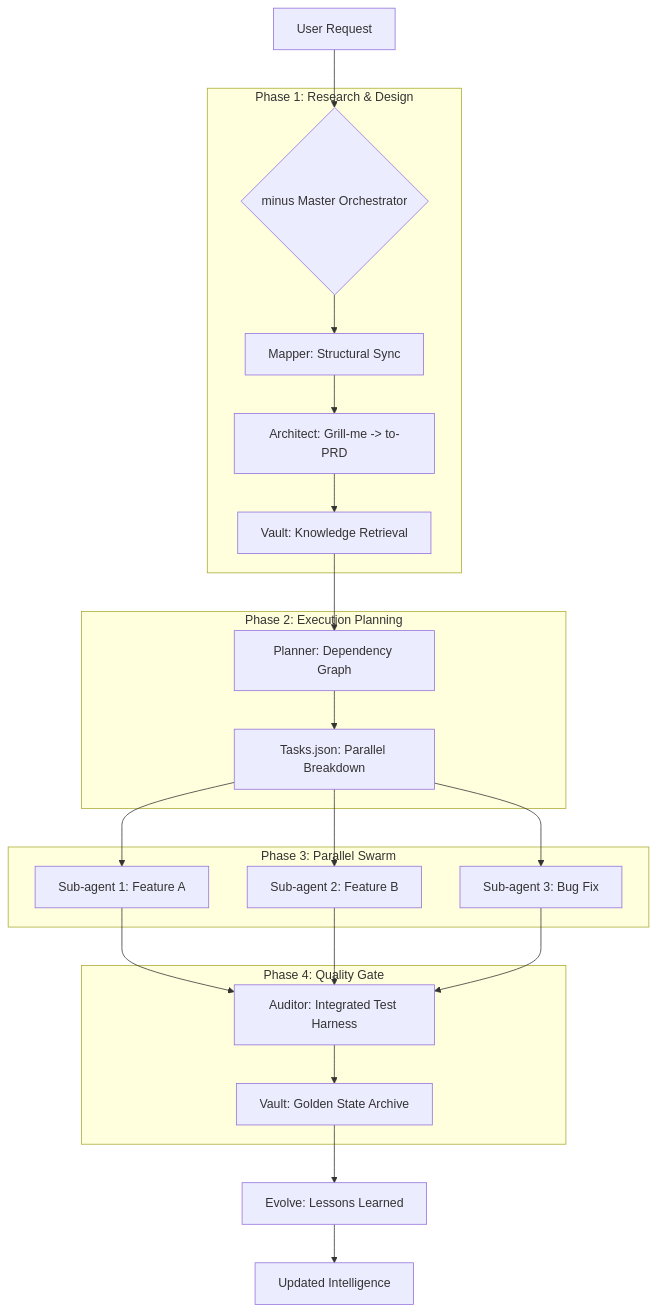
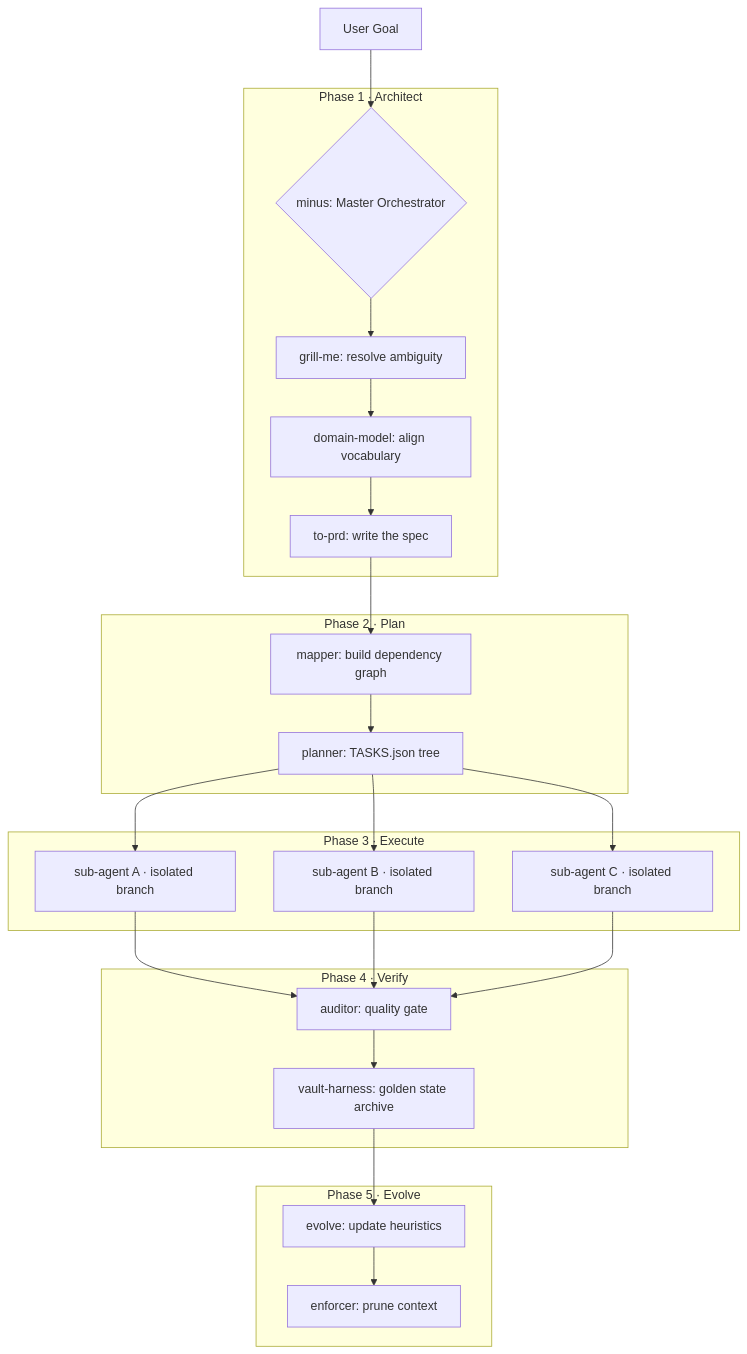
Before and after one commit to PROGRAMMER-DUMMY/MinusWorkflows: the diagram in README.md, drawn with Mermaid. The commit also changed other lines of this file and 13 other files, not shown here.

````diff
--- a/README.md
+++ b/README.md
@@ -11,29 +37,31 @@
 ```mermaid
 graph TD
-    A[User Request] --> B{minus Master Orchestrator}
-    
-    subgraph "Phase 1: Research & Design"
-    B --> C[Mapper: Structural Sync]
-    C --> D[Architect: Grill-me -> to-PRD]
-    D --> E[Vault: Knowledge Retrieval]
+    A[User Goal] --> B{minus: Master Orchestrator}
+
+    subgraph "Phase 1 · Architect"
+    B --> C[grill-me: resolve ambiguity]
+    C --> D[domain-model: align vocabulary]
+    D --> E[to-prd: write the spec]
     end
-    
-    subgraph "Phase 2: Execution Planning"
-    E --> F[Planner: Dependency Graph]
-    F --> G[Tasks.json: Parallel Breakdown]
+
+    subgraph "Phase 2 · Plan"
+    E --> F[mapper: build dependency graph]
+    F --> G[planner: TASKS.json tree]
     end
-    
-    subgraph "Phase 3: Parallel Swarm"
-    G --> H[Sub-agent 1: Feature A]
-    G --> I[Sub-agent 2: Feature B]
-    G --> J[Sub-agent 3: Bug Fix]
+
+    subgraph "Phase 3 · Execute"
+    G --> H[sub-agent A · isolated branch]
+    G --> I[sub-agent B · isolated branch]
+    G --> J[sub-agent C · isolated branch]
     end
-    
-    subgraph "Phase 4: Quality Gate"
-    H & I & J --> K[Auditor: Integrated Test Harness]
-    K --> L[Vault: Golden State Archive]
+
+    subgraph "Phase 4 · Verify"
+    H & I & J --> K[auditor: quality gate]
+    K --> L[vault-harness: golden state archive]
     end
-    
-    L --> M[Evolve: Lessons Learned]
-    M --> N[Updated Intelligence]
+
+    subgraph "Phase 5 · Evolve"
+    L --> M[evolve: update heuristics]
+    M --> N[enforcer: prune context]
+    end
 ```
````
